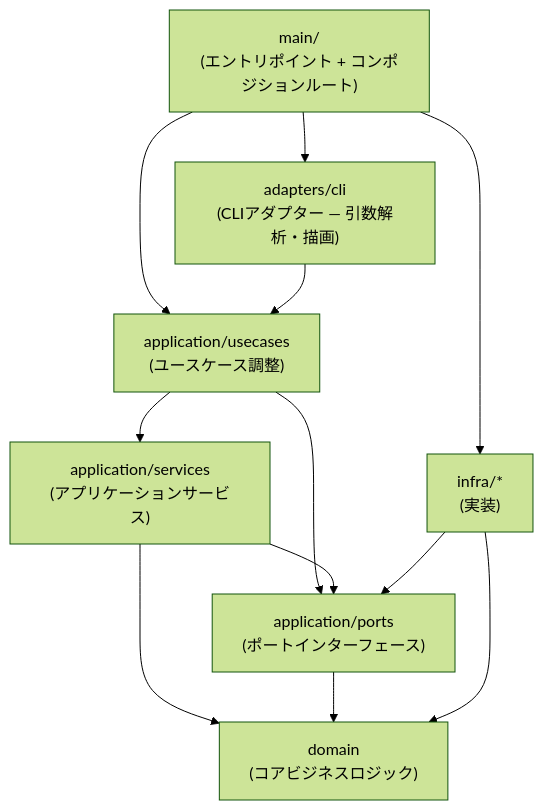
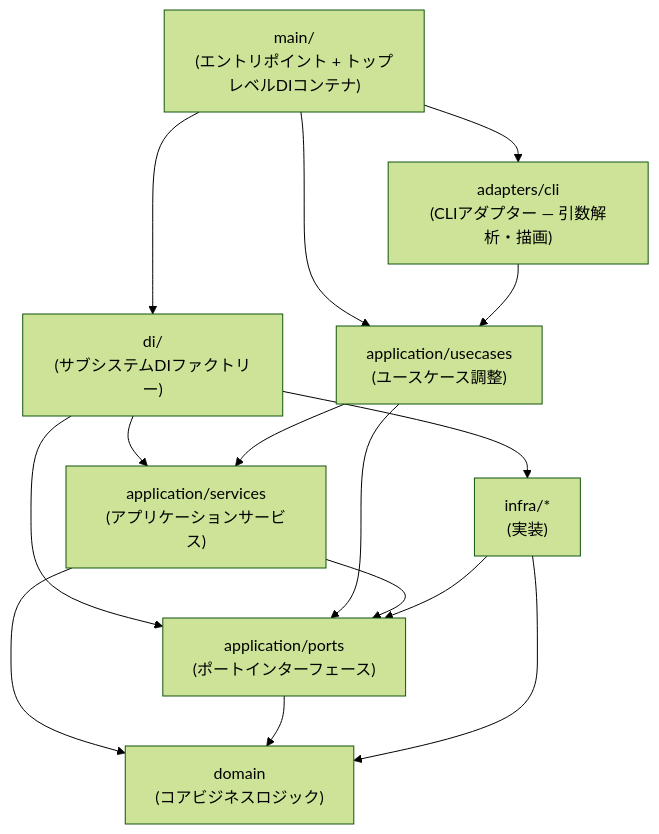
The diagram in docs/ja/architecture/architecture.md (hiromaily/autonomous-engineer), drawn with Mermaid (forest theme) before and after one commit. The commit also changed other lines of this file and 13 other files, not shown here.

````diff
--- a/docs/ja/architecture/architecture.md
+++ b/docs/ja/architecture/architecture.md
@@ -92,22 +92,26 @@
 ```mermaid
 graph TD
-    Main["main/<br/>(エントリポイント + コンポジションルート)"]
+    Main["main/<br/>(エントリポイント + トップレベルDIコンテナ)"]
+    DI["di/<br/>(サブシステムDIファクトリー)"]
     CLI["adapters/cli<br/>(CLIアダプター — 引数解析・描画)"]
     Usecase["application/usecases<br/>(ユースケース調整)"]
     Services["application/services<br/>(アプリケーションサービス)"]
     Ports["application/ports<br/>(ポートインターフェース)"]
     Domain["domain<br/>(コアビジネスロジック)"]
     Infra["infra/*<br/>(実装)"]
 
     Main --> CLI
-    Main --> Infra
+    Main --> DI
     Main --> Usecase
+    DI --> Services
+    DI --> Infra
+    DI --> Ports
     CLI --> Usecase
     Usecase --> Services
     Usecase --> Ports
     Services --> Ports
     Services --> Domain
     Ports --> Domain
     Infra --> Ports
     Infra --> Domain
 ```
````
